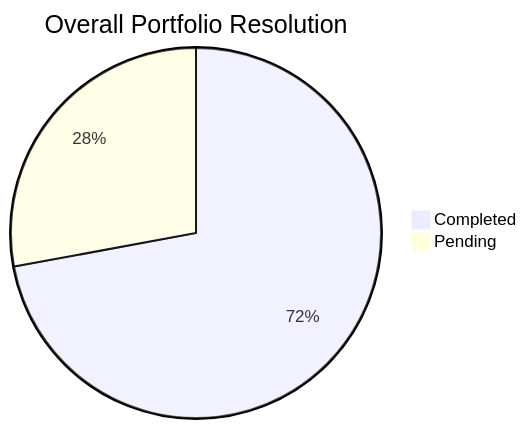
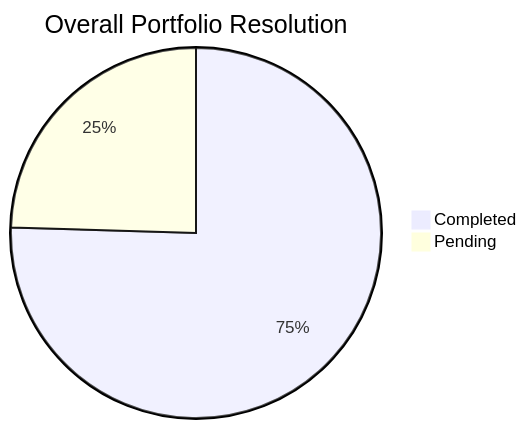
One commit to sagarms97/MyWorkDairy changed the diagram in Global_Summary.md. Above: the diagram before and after it, drawn with Mermaid. The commit also changed other lines of this file and 6 other files, not shown here.

````diff
--- a/Global_Summary.md
+++ b/Global_Summary.md
@@ -12,5 +12,5 @@
 ```mermaid
 pie title Overall Portfolio Resolution
-    "Completed" : 31
-    "Pending" : 12
+    "Completed" : 40
+    "Pending" : 13
 ```
````
